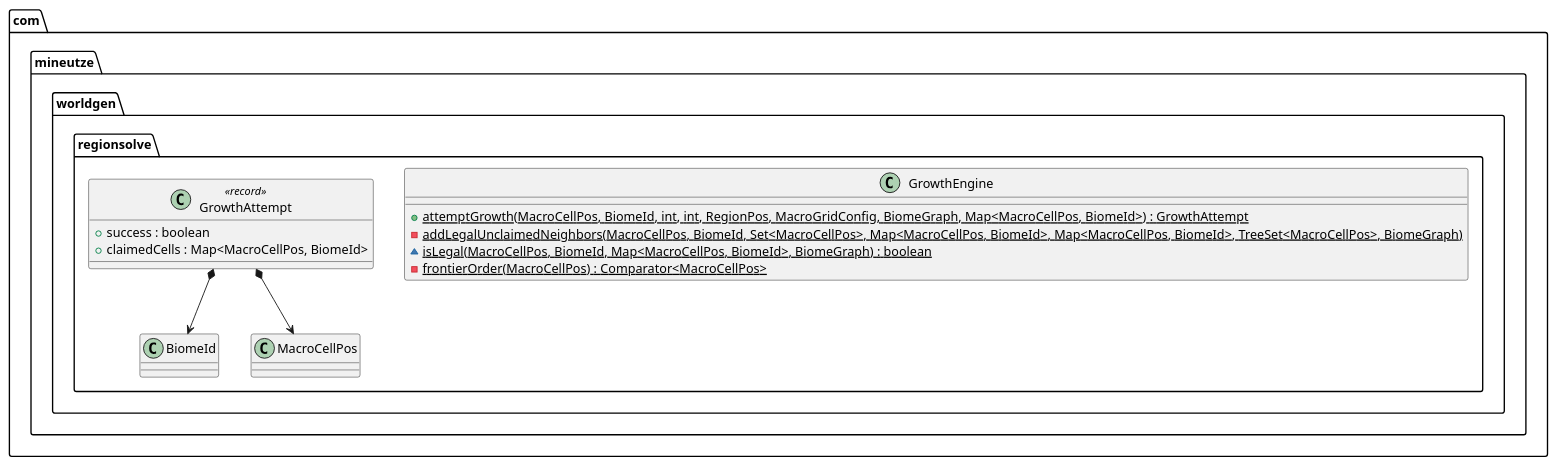
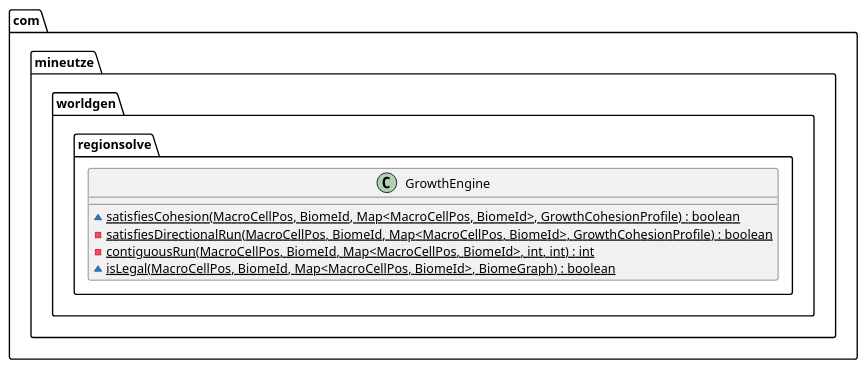
Before and after one commit to Boulede987/Mine-Utz: the diagram in companion-mods/mineutze-worldgen/doc/Modelisation/Fragments/com/mineutze/worldgen/regionsolve/GrowthEngine.puml, drawn with PlantUML. The commit also changed 265 other files, not shown here.

```diff
--- a/companion-mods/mineutze-worldgen/doc/Modelisation/Fragments/com/mineutze/worldgen/regionsolve/GrowthEngine.puml
+++ b/companion-mods/mineutze-worldgen/doc/Modelisation/Fragments/com/mineutze/worldgen/regionsolve/GrowthEngine.puml
@@ -1,15 +1,9 @@
 namespace com.mineutze.worldgen.regionsolve {
 class GrowthEngine {
-  + {static} attemptGrowth(MacroCellPos, BiomeId, int, int, RegionPos, MacroGridConfig, BiomeGraph, Map<MacroCellPos, BiomeId>) : GrowthAttempt
-  - {static} addLegalUnclaimedNeighbors(MacroCellPos, BiomeId, Set<MacroCellPos>, Map<MacroCellPos, BiomeId>, Map<MacroCellPos, BiomeId>, TreeSet<MacroCellPos>, BiomeGraph)
+  ~ {static} satisfiesCohesion(MacroCellPos, BiomeId, Map<MacroCellPos, BiomeId>, GrowthCohesionProfile) : boolean
+  - {static} satisfiesDirectionalRun(MacroCellPos, BiomeId, Map<MacroCellPos, BiomeId>, GrowthCohesionProfile) : boolean
+  - {static} contiguousRun(MacroCellPos, BiomeId, Map<MacroCellPos, BiomeId>, int, int) : int
   ~ {static} isLegal(MacroCellPos, BiomeId, Map<MacroCellPos, BiomeId>, BiomeGraph) : boolean
-  - {static} frontierOrder(MacroCellPos) : Comparator<MacroCellPos>
-}
-class GrowthAttempt <<record>> {
-  + success : boolean
-  + claimedCells : Map<MacroCellPos, BiomeId>
 }
 
-GrowthAttempt *--> BiomeId
-GrowthAttempt *--> MacroCellPos
 }
```
